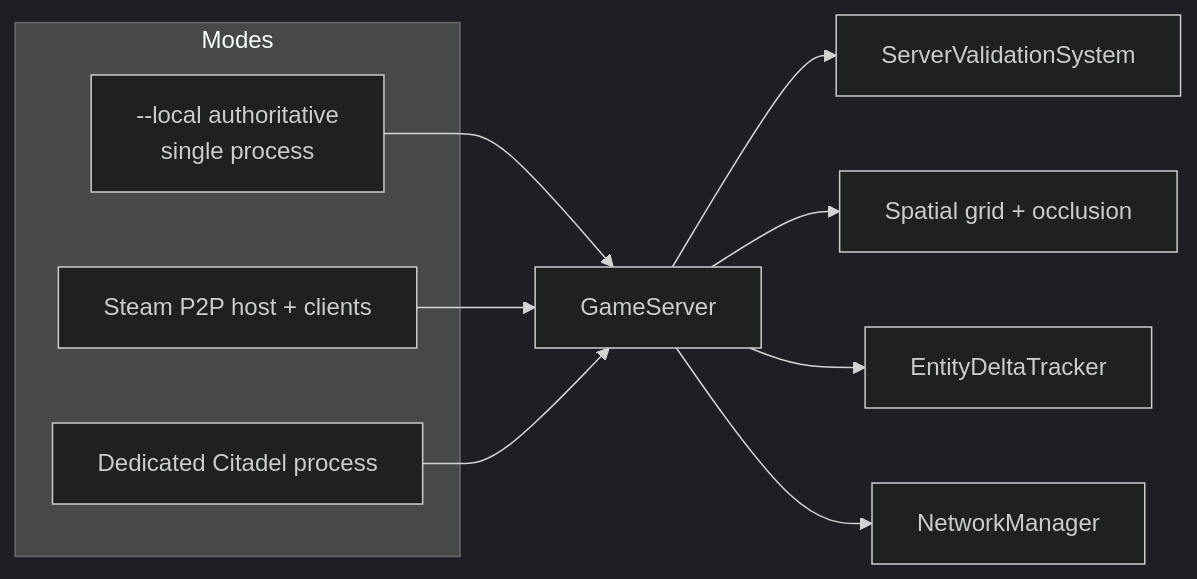
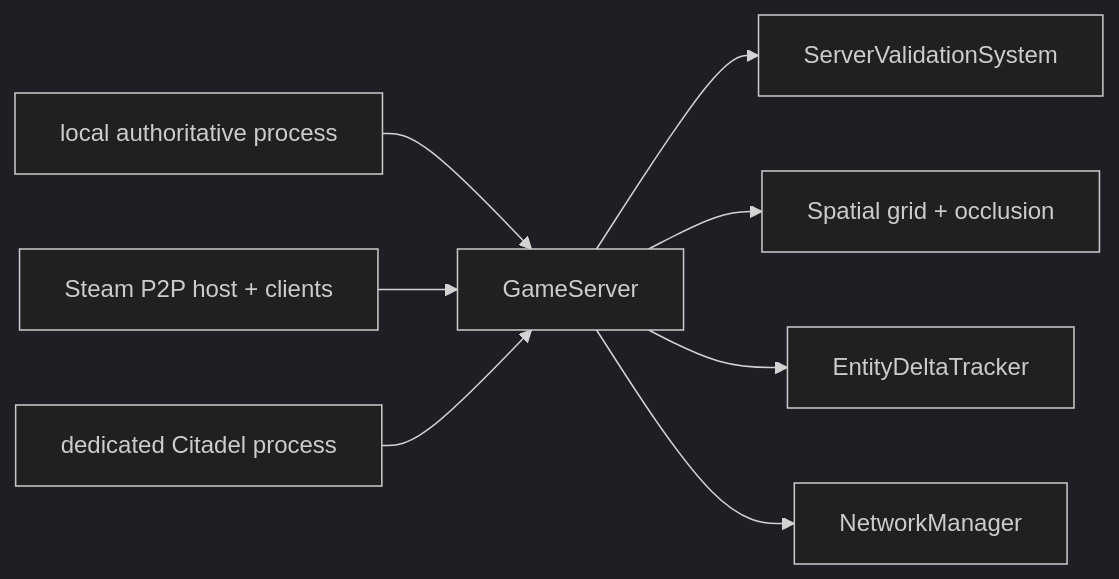
Before and after one commit to ireakhavok/Castle: the eighth of 8 diagrams in docs/ARCHITECTURE.md, drawn with Mermaid. The commit also changed other lines of this file and 6 other files, not shown here.

````diff
--- a/docs/ARCHITECTURE.md
+++ b/docs/ARCHITECTURE.md
@@ -297,16 +299,11 @@
 ```mermaid
 %%{init: {'theme':'dark'}}%%
 flowchart LR
-  subgraph Modes
-    Solo["--local authoritative<br/>single process"]
-    P2P[Steam P2P host + clients]
-    Ded[Dedicated Citadel process]
-  end
-  Solo --> GS[GameServer]
-  P2P --> GS
-  Ded --> GS
+  Solo["local authoritative process"] --> GS[GameServer]
+  P2P["Steam P2P host + clients"] --> GS
+  Ded["dedicated Citadel process"] --> GS
   GS --> VAL[ServerValidationSystem]
   GS --> GRID[Spatial grid + occlusion]
   GS --> DELTA[EntityDeltaTracker]
   GS --> NM[NetworkManager]
 ```
````
